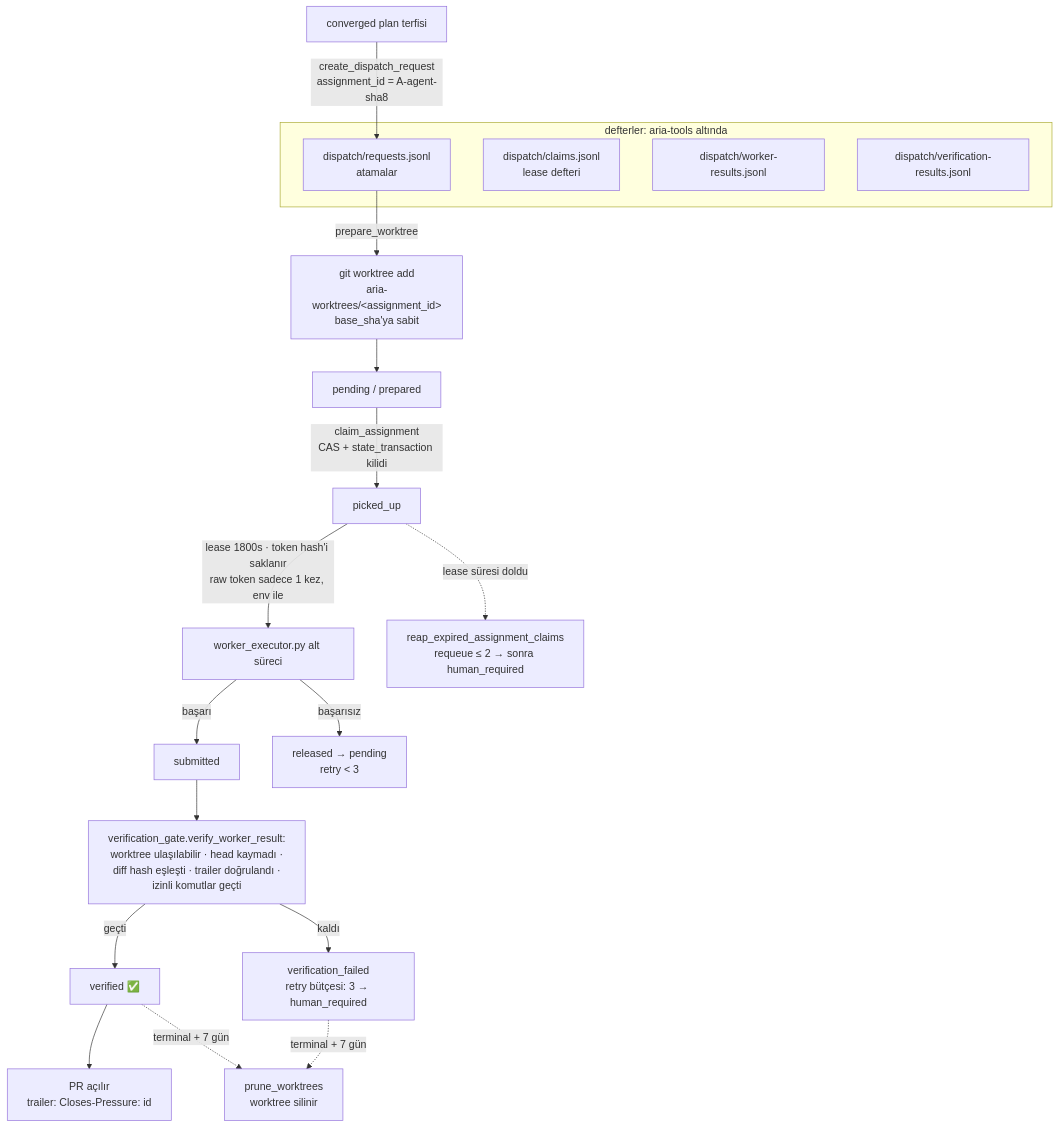
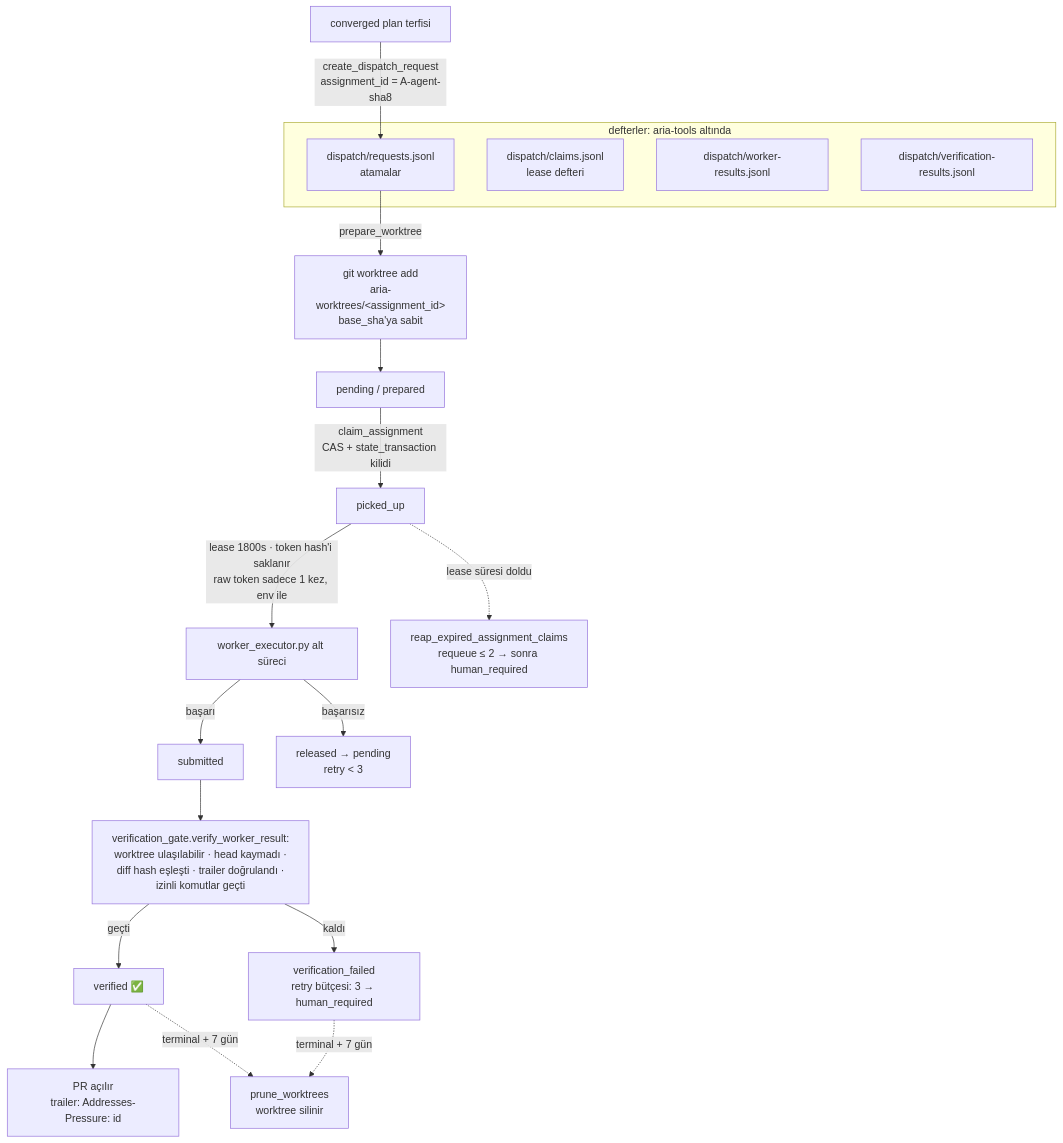
The fourth of 25 diagrams in ARIA-MIMARI-SEMALARI.md (Okan-wqm/aquaculture_platform), drawn with Mermaid before and after one commit. The commit also changed other lines of this file and 14 other files, not shown here.

````diff
--- a/ARIA-MIMARI-SEMALARI.md
+++ b/ARIA-MIMARI-SEMALARI.md
@@ -186,22 +186,22 @@
 ```mermaid
 flowchart TD
     subgraph QUEUES[defterler: aria-tools altında]
         Q1[dispatch/requests.jsonl<br/>atamalar]
         Q2[dispatch/claims.jsonl<br/>lease defteri]
         Q3[dispatch/worker-results.jsonl]
         Q4[dispatch/verification-results.jsonl]
     end
     A[converged plan terfisi] -->|create_dispatch_request<br/>assignment_id = A-agent-sha8| Q1
     Q1 -->|prepare_worktree| W[git worktree add<br/>aria-worktrees/&lt;assignment_id&gt;<br/>base_sha'ya sabit]
     W --> S[pending / prepared]
     S -->|claim_assignment<br/>CAS + state_transaction kilidi| C[picked_up]
     C -->|lease 1800s · token hash'i saklanır<br/>raw token sadece 1 kez, env ile| EX[worker_executor.py alt süreci]
     EX -->|başarı| R1[submitted]
     EX -->|başarısız| REL[released → pending<br/>retry &lt; 3]
     R1 --> VG[verification_gate.verify_worker_result:<br/>worktree ulaşılabilir · head kaymadı ·<br/>diff hash eşleşti · trailer doğrulandı ·<br/>izinli komutlar geçti]
     VG -- geçti --> V[verified ✅]
     VG -- kaldı --> FV[verification_failed<br/>retry bütçesi: 3 → human_required]
-    V --> PR[PR açılır<br/>trailer: Closes-Pressure: id]
+    V --> PR[PR açılır<br/>trailer: Addresses-Pressure: id]
     C -.lease süresi doldu.-> REAP[reap_expired_assignment_claims<br/>requeue ≤ 2 → sonra human_required]
     V & FV -.terminal + 7 gün.-> PRUNE[prune_worktrees<br/>worktree silinir]
 ```
````
